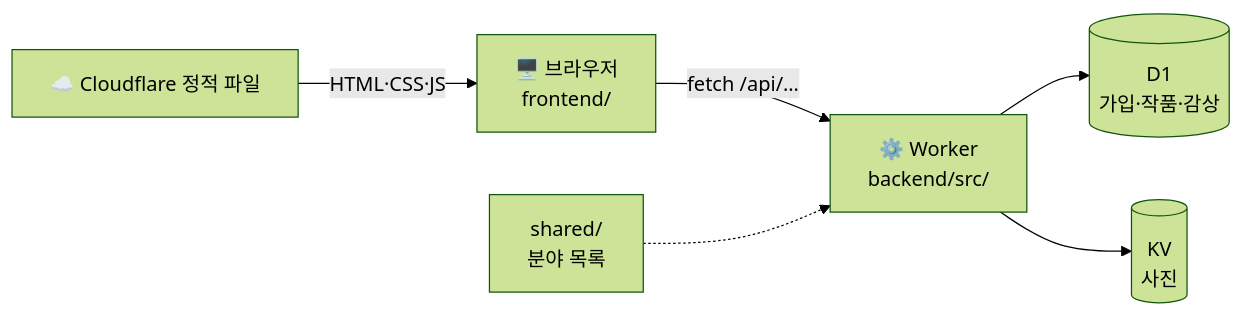
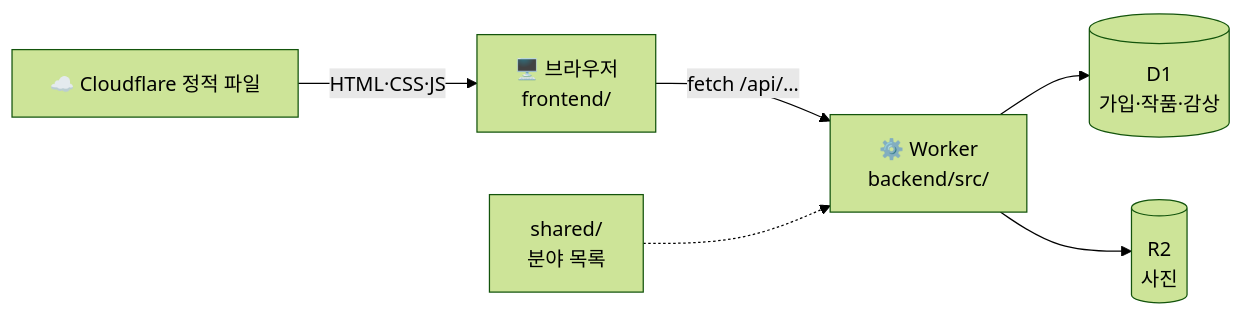
One commit to 10x4hs/p-art changed the diagram in README.md. Above: the diagram before and after it, drawn with Mermaid (forest theme). The commit also changed other lines of this file and 30 other files, not shown here.

````diff
--- a/README.md
+++ b/README.md
@@ -28,8 +28,8 @@
 ```mermaid
 flowchart LR
   B["🖥️ 브라우저<br/>frontend/"] -- "fetch /api/…" --> W["⚙️ Worker<br/>backend/src/"]
   CF["☁️ Cloudflare 정적 파일"] -- "HTML·CSS·JS" --> B
   W --> D1[("D1<br/>가입·작품·감상")]
-  W --> KV[("KV<br/>사진")]
+  W --> R2[("R2<br/>사진")]
   SH["shared/<br/>분야 목록"] -.-> W
 ```
````
